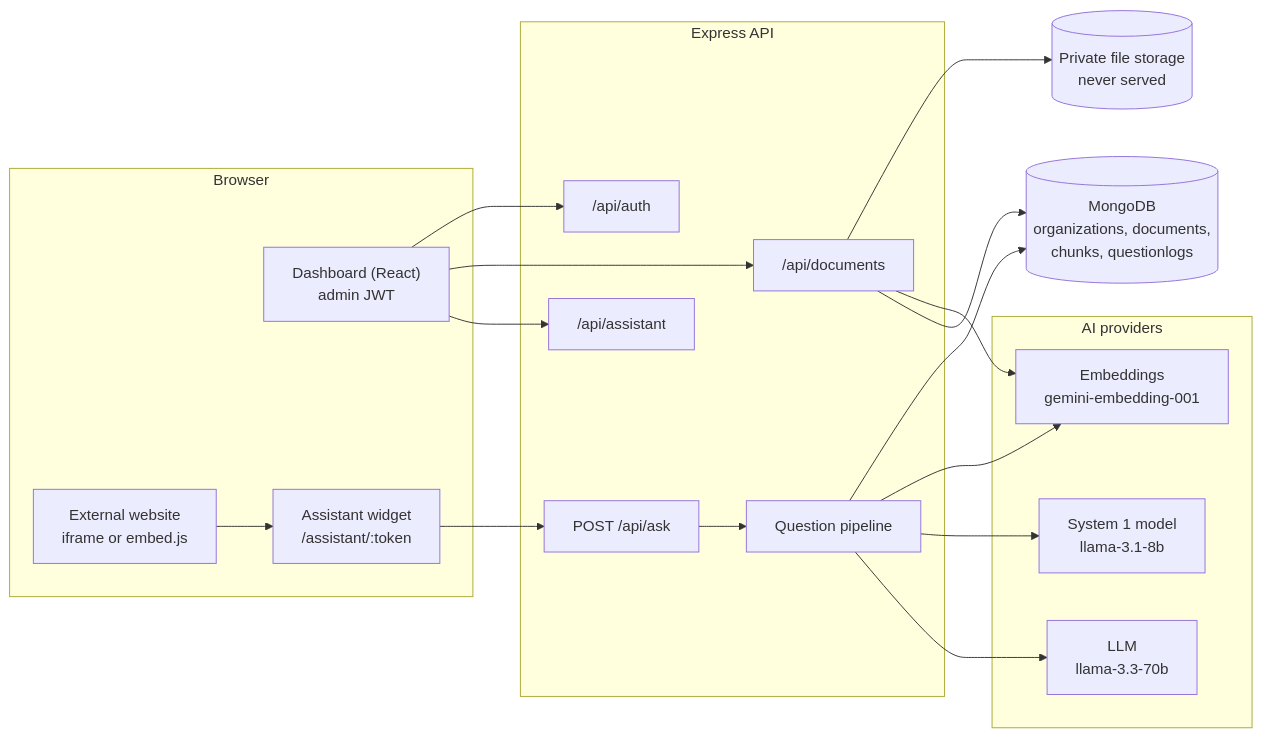
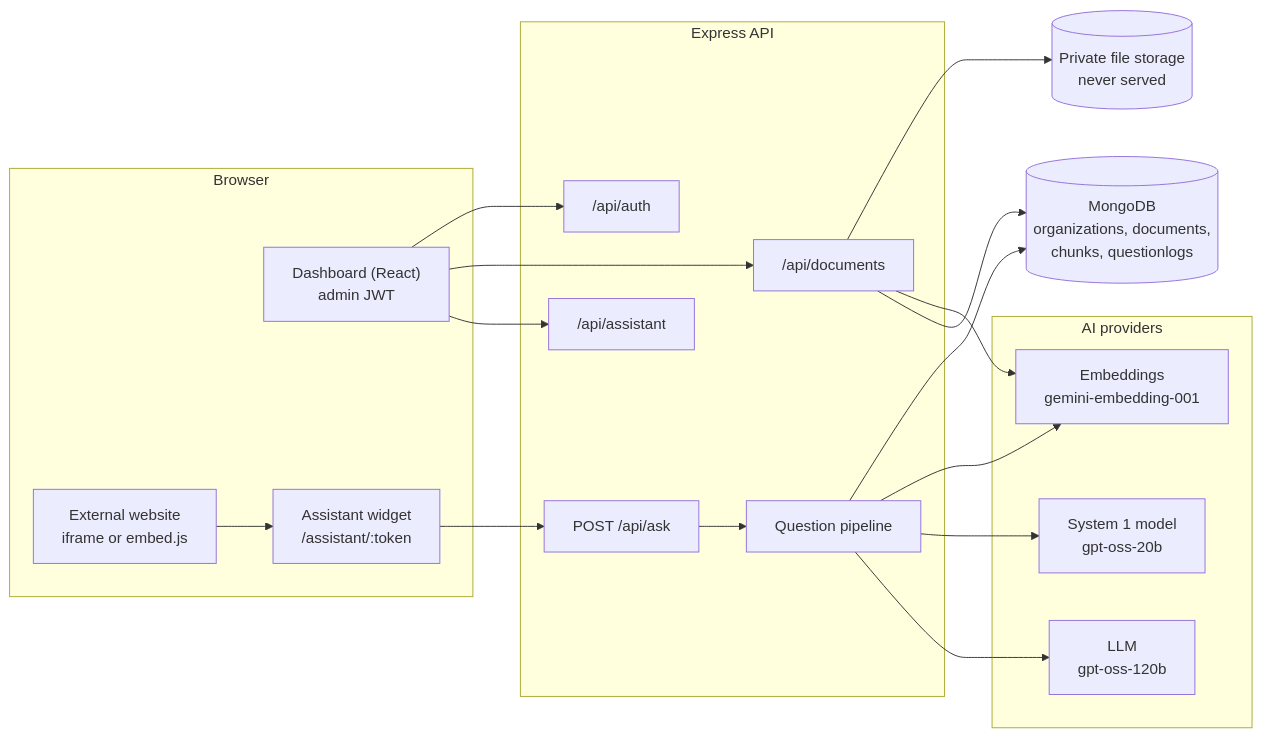
Before and after one commit to vanshsharmawho/ai-knowledge-decision-assistant: the first of 2 diagrams in README.md, drawn with Mermaid. The commit also changed other lines of this file and 7 other files, not shown here.

Commit message:
Switch to Groq GPT-OSS models, faster decisions, cleaner reasons

````diff
--- a/README.md
+++ b/README.md
@@ -138,33 +138,33 @@
 ```mermaid
 flowchart LR
   subgraph Client["Browser"]
     D["Dashboard (React)<br/>admin JWT"]
     W["Assistant widget<br/>/assistant/:token"]
     X["External website<br/>iframe or embed.js"]
   end
 
   subgraph API["Express API"]
     AUTH["/api/auth"]
     DOCS["/api/documents"]
     ASST["/api/assistant"]
     ASK["POST /api/ask"]
     PIPE["Question pipeline"]
   end
 
   subgraph AI["AI providers"]
-    LLM["LLM<br/>llama-3.3-70b"]
-    S1["System 1 model<br/>llama-3.1-8b"]
+    LLM["LLM<br/>gpt-oss-120b"]
+    S1["System 1 model<br/>gpt-oss-20b"]
     EMB["Embeddings<br/>gemini-embedding-001"]
   end
 
   DB[("MongoDB<br/>organizations, documents,<br/>chunks, questionlogs")]
   FS[("Private file storage<br/>never served")]
 
   D --> AUTH & DOCS & ASST
   X --> W --> ASK --> PIPE
   DOCS --> FS
   DOCS --> EMB
   DOCS --> DB
   PIPE --> DB
   PIPE --> EMB & S1 & LLM
 ```
````
